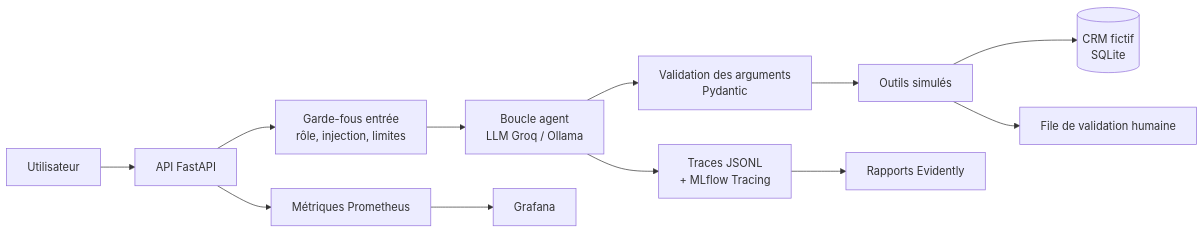
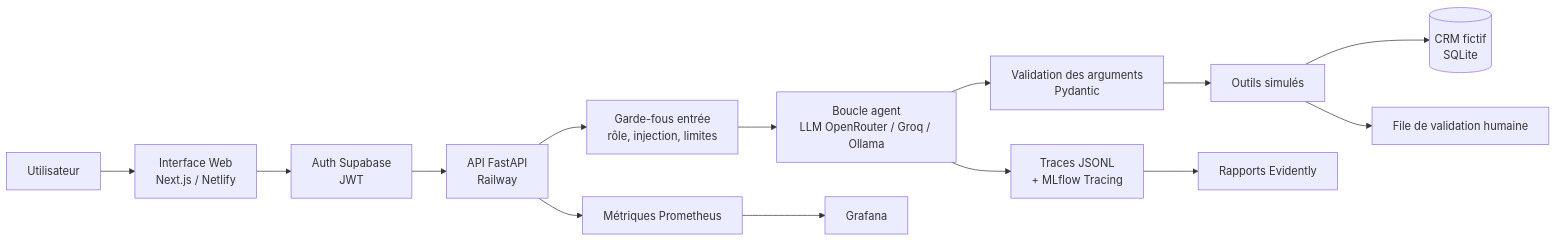
The diagram in README.md (Maha-Jr10/smartops-agent), drawn with Mermaid before and after one commit. The commit also changed other lines of this file and 8 other files, not shown here.

````diff
--- a/README.md
+++ b/README.md
@@ -12,14 +12,16 @@
 ```mermaid
 flowchart LR
-    U[Utilisateur] --> API[API FastAPI]
+    U[Utilisateur] --> FE[Interface Web<br/>Next.js / Netlify]
+    FE --> SB[Auth Supabase<br/>JWT]
+    SB --> API[API FastAPI<br/>Railway]
     API --> G1[Garde-fous entrée<br/>rôle, injection, limites]
-    G1 --> A[Boucle agent<br/>LLM Groq / Ollama]
+    G1 --> A[Boucle agent<br/>LLM OpenRouter / Groq / Ollama]
     A --> V[Validation des arguments<br/>Pydantic]
     V --> T[Outils simulés]
     T --> DB[(CRM fictif<br/>SQLite)]
     T --> H[File de validation humaine]
     A --> TR[Traces JSONL<br/>+ MLflow Tracing]
     API --> M[Métriques Prometheus]
     TR --> E[Rapports Evidently]
     M --> GF[Grafana]
 ```
````
